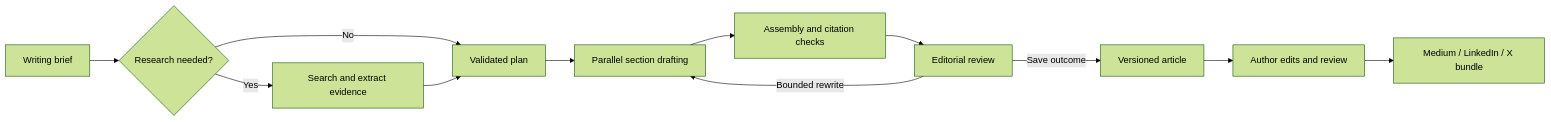
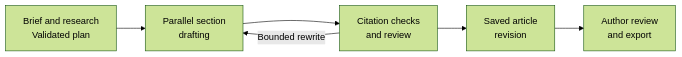
The diagram in README.md (BatuhanYilmaz26/Agent-Writer), drawn with Mermaid (forest theme) before and after one commit. The commit also changed other lines of this file, not shown here.

Commit message:
Improve workflow diagram readability

````diff
--- a/README.md
+++ b/README.md
@@ -34,14 +33,8 @@
 ```mermaid
 flowchart LR
-    brief["Writing brief"] --> policy{"Research needed?"}
-    policy -->|Yes| research["Search and extract evidence"]
-    policy -->|No| plan["Validated plan"]
-    research --> plan
-    plan --> draft["Parallel section drafting"]
-    draft --> assemble["Assembly and citation checks"]
-    assemble --> review["Editorial review"]
+    plan["Brief and research<br/>Validated plan"] --> draft["Parallel section<br/>drafting"]
+    draft --> review["Citation checks<br/>and review"]
     review -->|Bounded rewrite| draft
-    review -->|Save outcome| article["Versioned article"]
-    article --> author["Author edits and review"]
-    author --> export["Medium / LinkedIn / X bundle"]
+    review --> article["Saved article<br/>revision"]
+    article --> author["Author review<br/>and export"]
 ```
````
